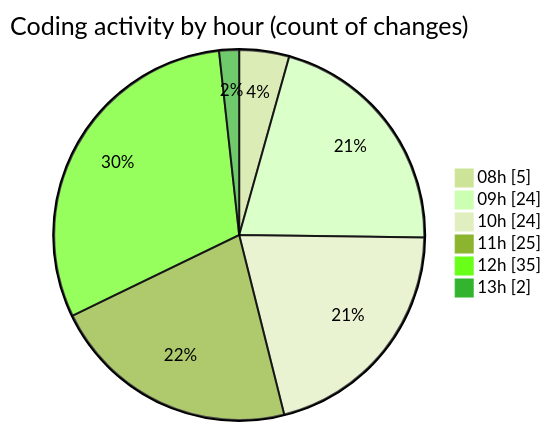
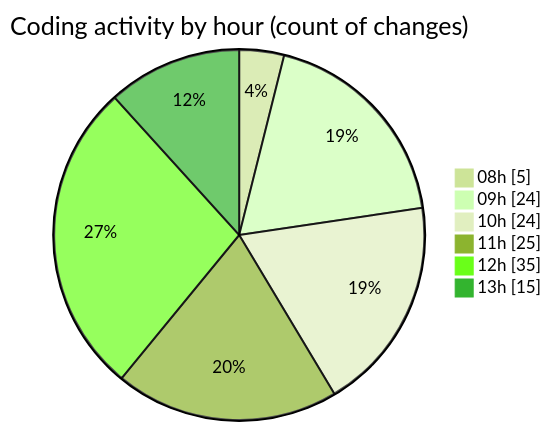
Before and after one commit to momahboobian/code-tracking: the second of 2 diagrams in 2025-11-24/cda/README.md, drawn with Mermaid (forest theme). The commit also changed other lines of this file and 1 other file, not shown here.

````diff
--- a/2025-11-24/cda/README.md
+++ b/2025-11-24/cda/README.md
@@ -41,10 +41,10 @@
 ```mermaid
 pie showData
 title Coding activity by hour (count of changes)
 "08h" : 5
 "09h" : 24
 "10h" : 24
 "11h" : 25
 "12h" : 35
-"13h" : 2
+"13h" : 15
 ```
````
